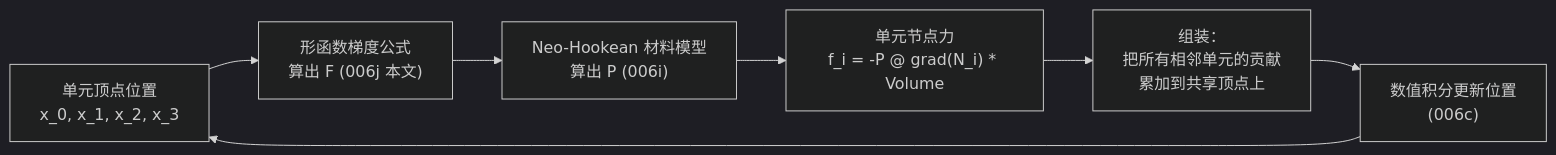
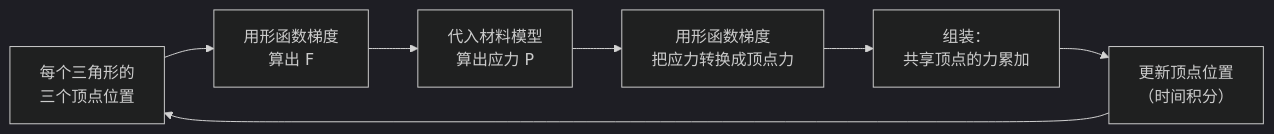
The first of 2 diagrams in 前置知识/006j_前置知识_有限元方法FEM基础_四面体网格与形函数.md (endlesscollider/paper), drawn with Mermaid (dark theme) before and after one commit. The commit also changed other lines of this file and 118 other files, not shown here.

First line of the commit message:
docs: 批量更新前置知识、系列文章、论文综述、playground 脚本与配图

````diff
--- a/前置知识/006j_前置知识_有限元方法FEM基础_四面体网格与形函数.md
+++ b/前置知识/006j_前置知识_有限元方法FEM基础_四面体网格与形函数.md
@@ -125,9 +227,9 @@
 ```mermaid
 flowchart LR
-    V["单元顶点位置<br/>x_0, x_1, x_2, x_3"] --> F["形函数梯度公式<br/>算出 F (006j 本文)"]
-    F --> Mat["Neo-Hookean 材料模型<br/>算出 P (006i)"]
-    Mat --> Fi["单元节点力<br/>f_i = -P @ grad(N_i) * Volume"]
-    Fi --> Assemble["组装：<br/>把所有相邻单元的贡献<br/>累加到共享顶点上"]
-    Assemble --> Integ["数值积分更新位置<br/>(006c)"]
-    Integ --> V
+    V["每个三角形的<br/>三个顶点位置"] --> F["用形函数梯度<br/>算出 F"]
+    F --> P["代入材料模型<br/>算出应力 P"]
+    P --> Fi["用形函数梯度<br/>把应力转换成顶点力"]
+    Fi --> Asm["组装：<br/>共享顶点的力累加"]
+    Asm --> Int["更新顶点位置<br/>（时间积分）"]
+    Int --> V
 ```
````
